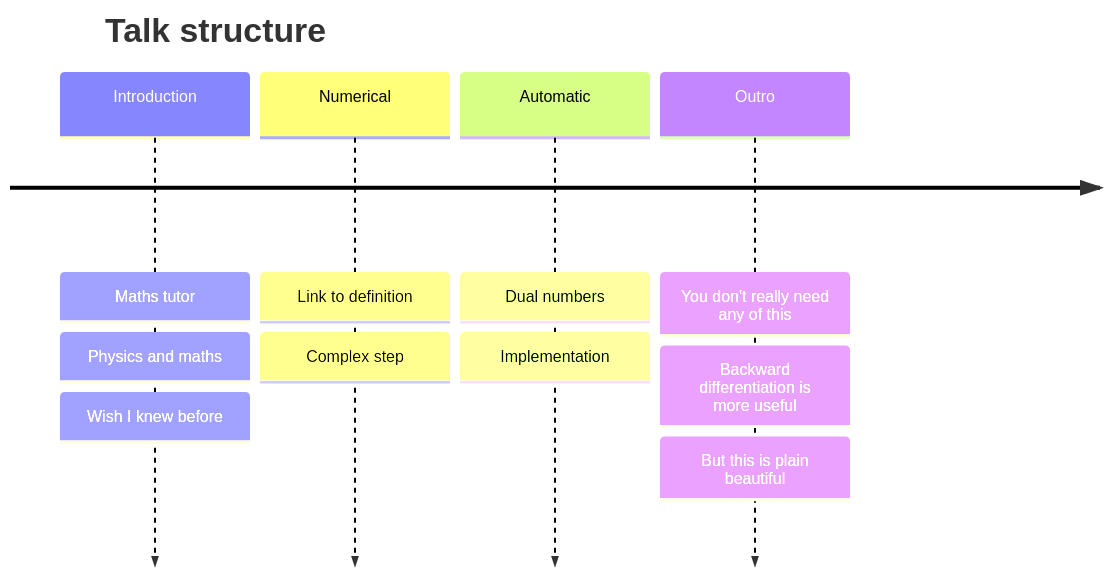
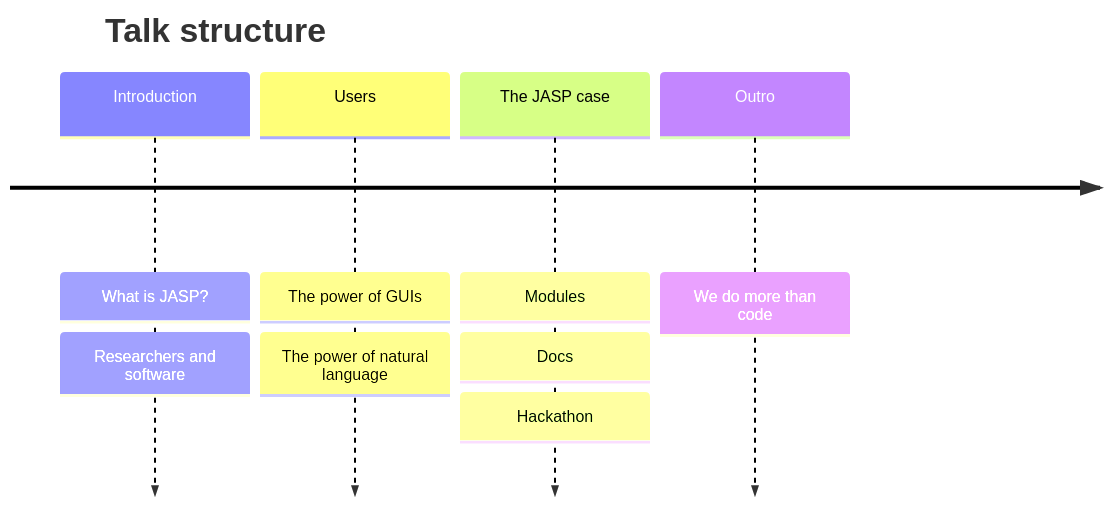
One commit to PabRod/jasp-story-slides changed the first of 2 diagrams in Slides.md. Above: the diagram before and after it, drawn with Mermaid. The commit also changed other lines of this file and 5 other files, not shown here.

````diff
--- a/Slides.md
+++ b/Slides.md
@@ -14,14 +14,12 @@
 ```mermaid
 timeline
     title Talk structure
-    Introduction : Maths tutor
-			     : Physics and maths
-			     : Wish I knew before
-	Numerical    : Link to definition
-                 : Complex step
-    Automatic    : Dual numbers
-				 : Implementation
-    Outro        : You don't really need any of this
-				 : Backward differentiation is more useful
-				 : But this is plain beautiful
+    Introduction : What is JASP?
+			     : Researchers and software
+	Users        : The power of GUIs
+                 : The power of natural language
+    The JASP case: Modules
+                 : Docs
+				 : Hackathon
+    Outro        : We do more than code
 ```
````
